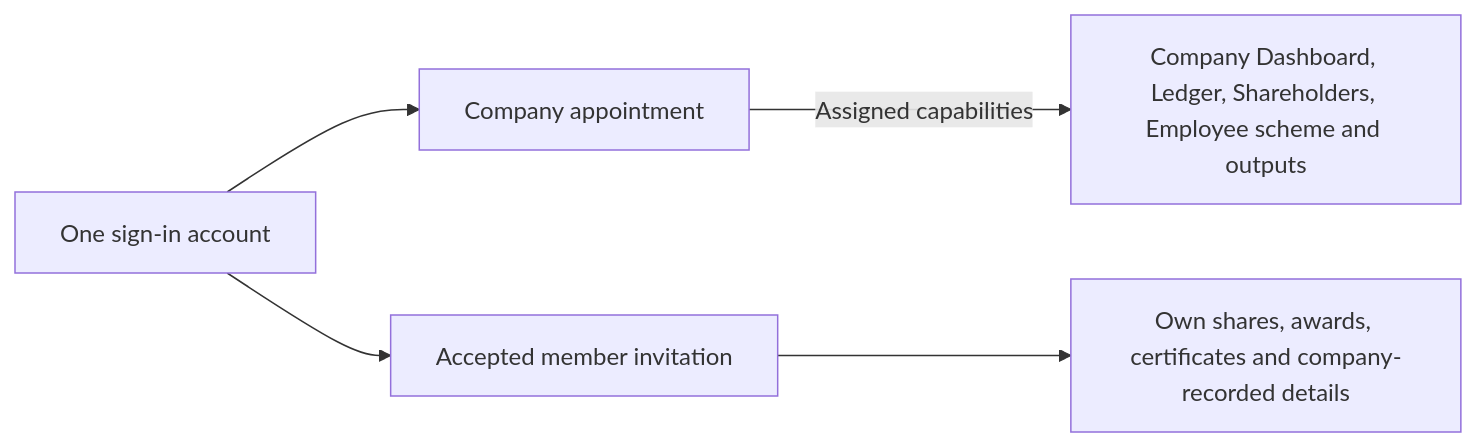
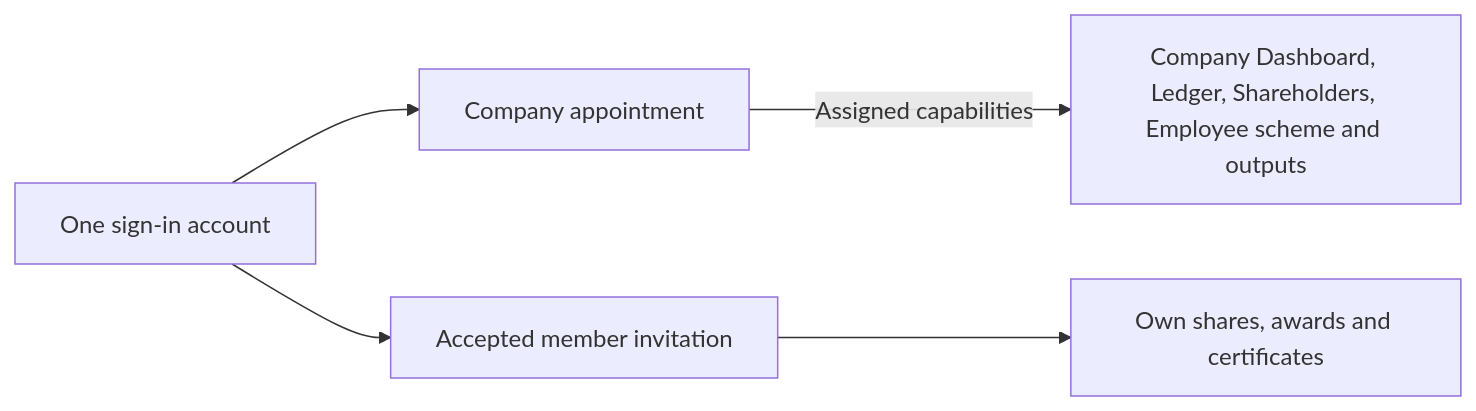
One commit to Ledova/ledova changed the first of 2 diagrams in docs/demo-accounts.md. Above: the diagram before and after it, drawn with Mermaid. The commit also changed other lines of this file and 21 other files, not shown here.

First line of the commit message:
feat(#1492): shorten Profile's Edit and remove the company-recorded card (#1493)

````diff
--- a/docs/demo-accounts.md
+++ b/docs/demo-accounts.md
@@ -63,7 +63,7 @@
 ```mermaid
 flowchart LR
     Login["One sign-in account"] --> Appointment["Company appointment"]
     Login --> Association["Accepted member invitation"]
     Appointment -->|Assigned capabilities| Admin["Company Dashboard, Ledger, Shareholders, Employee scheme and outputs"]
-    Association --> Member["Own shares, awards, certificates and company-recorded details"]
+    Association --> Member["Own shares, awards and certificates"]
 ```
````
